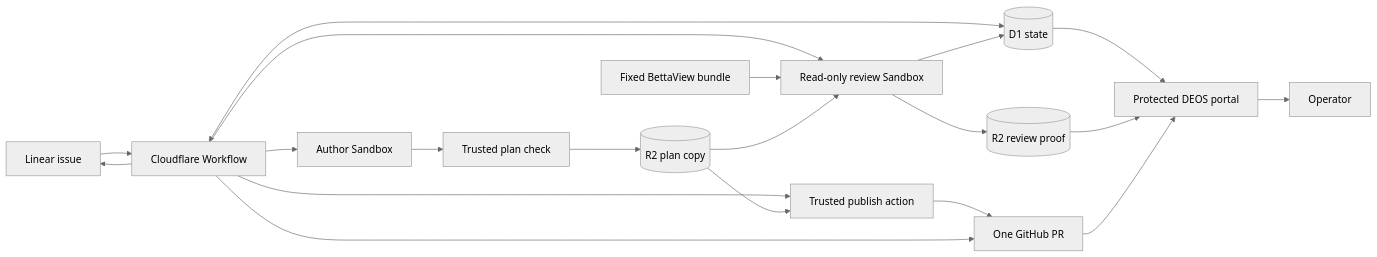
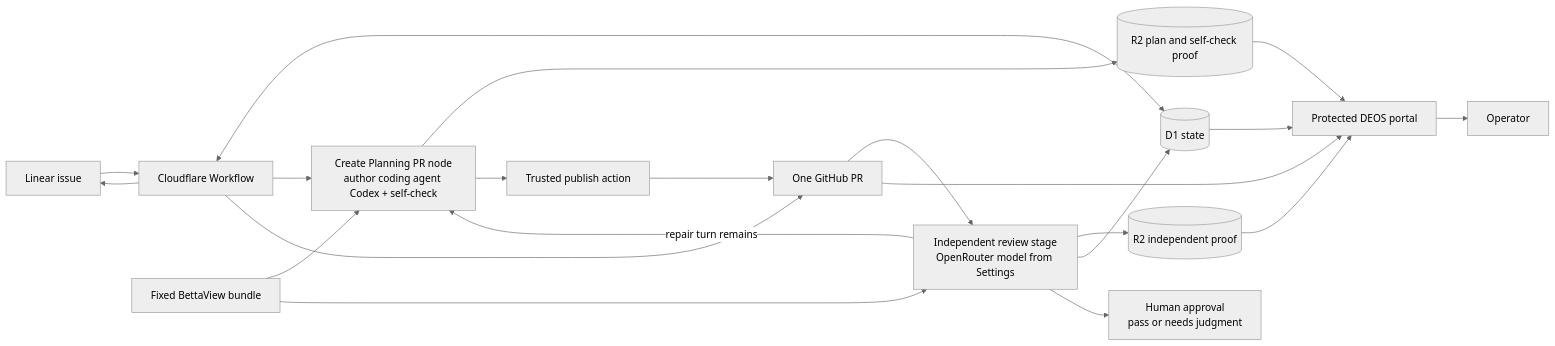
One commit to sachinkundu/deos changed the first of 2 diagrams in openspec/changes/add-openspec-traceability-review/design.md. Above: the diagram before and after it, drawn with Mermaid (neutral theme). The commit also changed other lines of this file and 9 other files, not shown here.

````diff
--- a/openspec/changes/add-openspec-traceability-review/design.md
+++ b/openspec/changes/add-openspec-traceability-review/design.md
@@ -40,27 +40,27 @@
 ```mermaid
 flowchart LR
     L[Linear issue] --> W[Cloudflare Workflow]
     W <--> D[(D1 state)]
 
-    W --> A[Author Sandbox]
-    A --> V[Trusted plan check]
-    V --> C[(R2 plan copy)]
-
-    W --> T[Read-only review Sandbox]
-    B[Fixed BettaView bundle] --> T
-    C --> T
-    T --> E[(R2 review proof)]
-    T --> D
-
-    W --> P[Trusted publish action]
-    C --> P
+    W --> C[Create Planning PR node<br/>author coding agent Codex + self-check]
+    B[Fixed BettaView bundle] --> C
+    C --> R[(R2 plan and self-check proof)]
+    C --> P[Trusted publish action]
     P --> G[One GitHub PR]
 
+    G --> I[Independent review stage<br/>OpenRouter model from Settings]
+    B --> I
+    I --> E[(R2 independent proof)]
+    I --> D
+    I -->|repair turn remains| C
+    I --> H[Human approval<br/>pass or needs judgment]
+
     D --> O[Protected DEOS portal]
+    R --> O
     E --> O
     G --> O
     O --> U[Operator]
 
     W --> G
     W --> L
 ```
````
